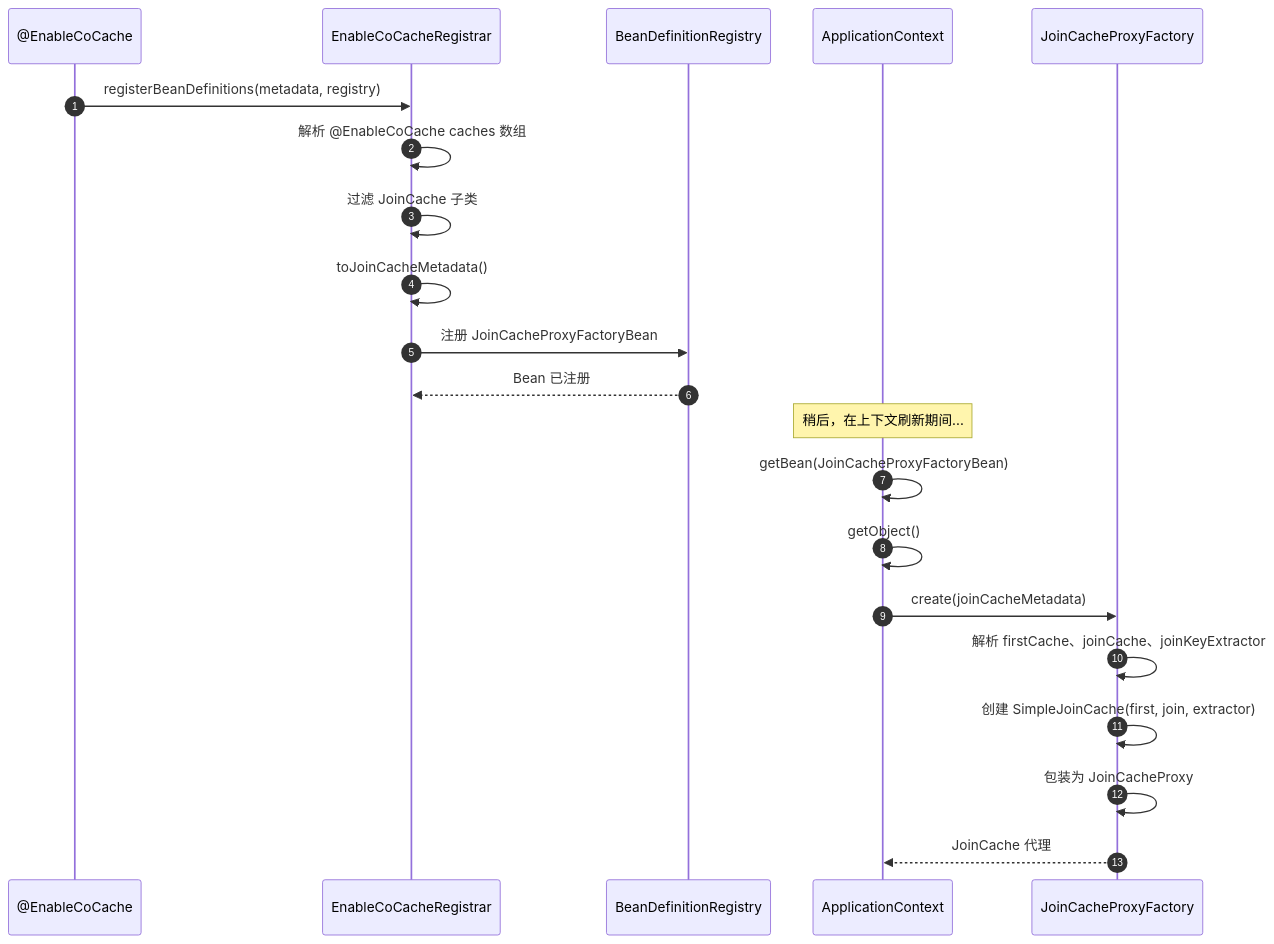
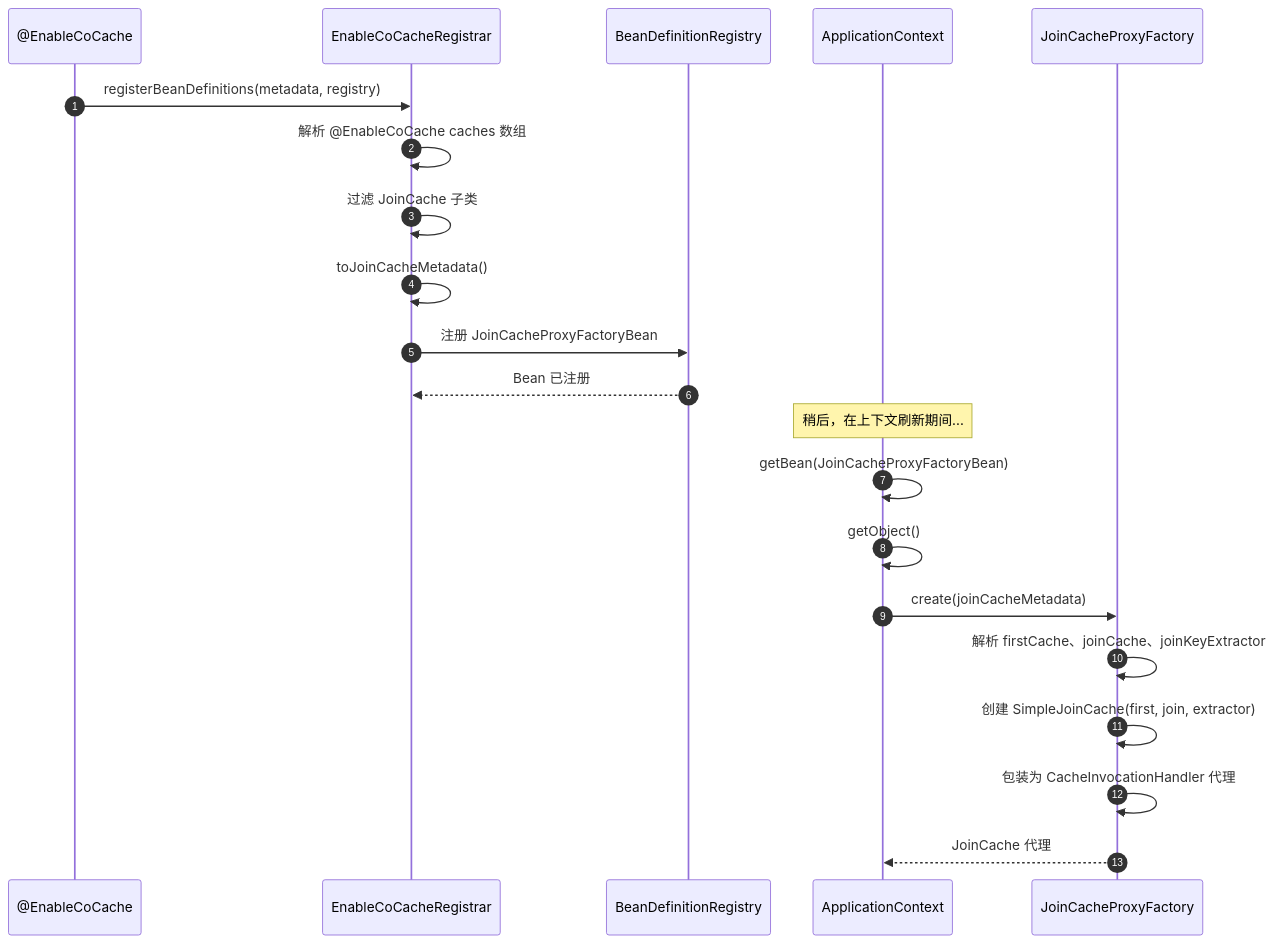
The sixth of 6 diagrams in wiki/zh/modules/cocache-spring.md (Ahoo-Wang/CoCache), drawn with Mermaid before and after one commit. The commit also changed other lines of this file and 256 other files, not shown here.

````diff
--- a/wiki/zh/modules/cocache-spring.md
+++ b/wiki/zh/modules/cocache-spring.md
@@ -294,25 +284,25 @@
 ```mermaid
 sequenceDiagram
 autonumber
     participant User as @EnableCoCache
     participant Reg as EnableCoCacheRegistrar
     participant BDR as BeanDefinitionRegistry
     participant App as ApplicationContext
     participant JPF as JoinCacheProxyFactory
 
     User->>Reg: registerBeanDefinitions(metadata, registry)
     Reg->>Reg: 解析 @EnableCoCache caches 数组
     Reg->>Reg: 过滤 JoinCache 子类
     Reg->>Reg: toJoinCacheMetadata()
     Reg->>BDR: 注册 JoinCacheProxyFactoryBean
     BDR-->>Reg: Bean 已注册
 
     Note over App: 稍后，在上下文刷新期间...
     App->>App: getBean(JoinCacheProxyFactoryBean)
     App->>App: getObject()
     App->>JPF: create(joinCacheMetadata)
     JPF->>JPF: 解析 firstCache、joinCache、joinKeyExtractor
     JPF->>JPF: 创建 SimpleJoinCache(first, join, extractor)
-    JPF->>JPF: 包装为 JoinCacheProxy
+    JPF->>JPF: 包装为 CacheInvocationHandler 代理
     JPF-->>App: JoinCache 代理
 ```
````
